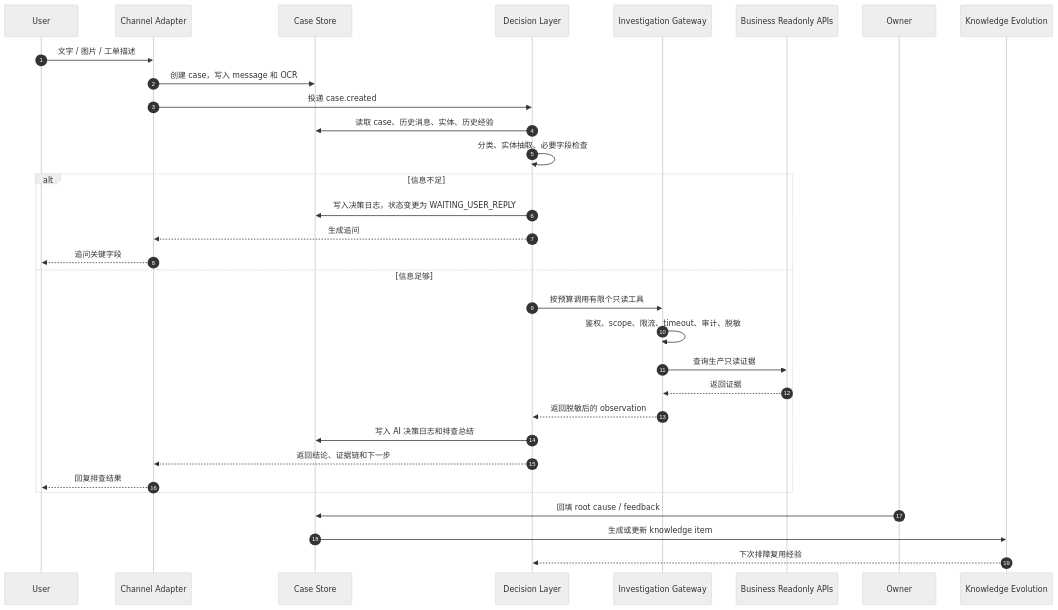
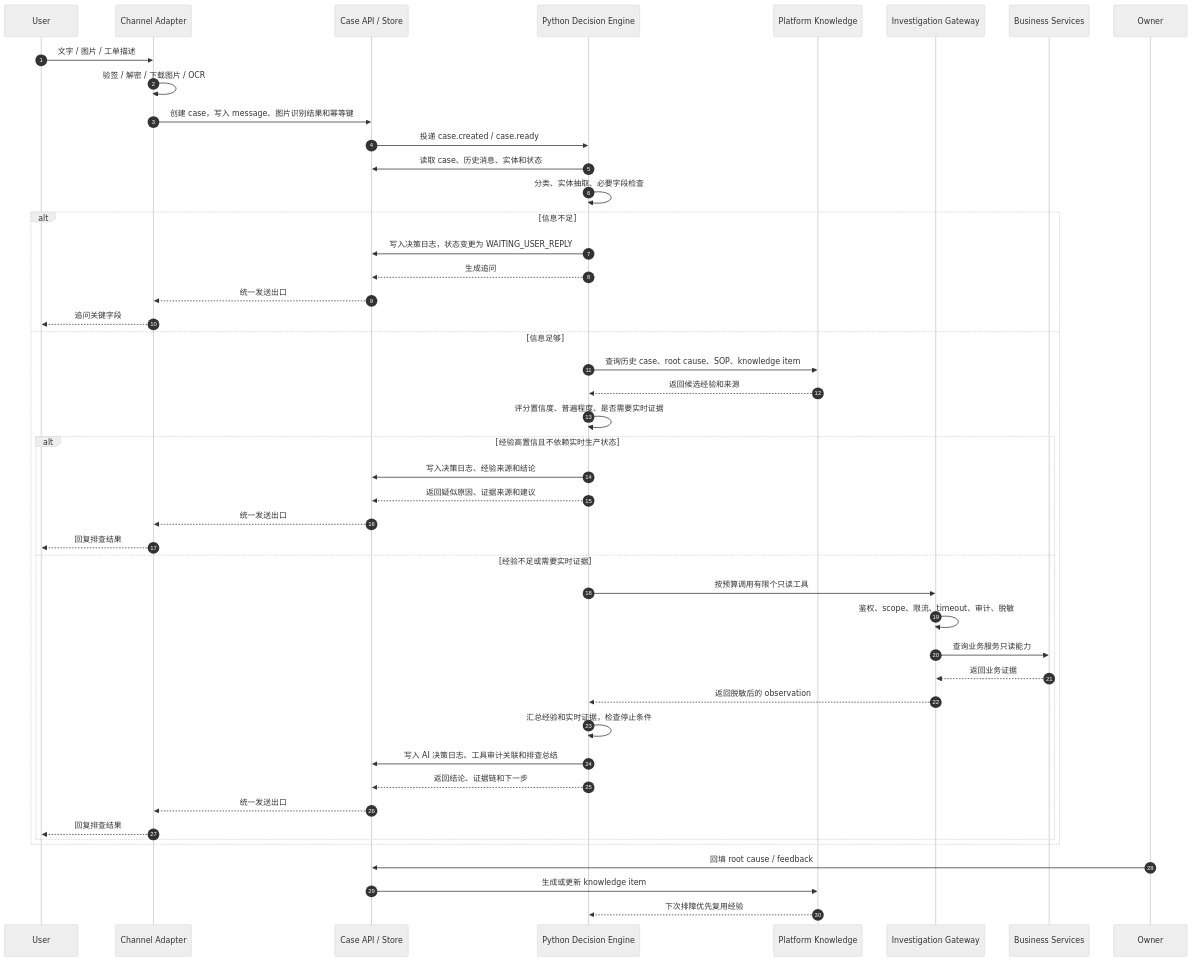
One commit to Nankis/ai-troubleshooter changed the second of 2 diagrams in README.md. Above: the diagram before and after it, drawn with Mermaid (neutral theme). The commit also changed other lines of this file and 14 other files, not shown here.

Commit message:
P-2026-007 Align architecture and flow diagrams

````diff
--- a/README.md
+++ b/README.md
@@ -140,35 +192,49 @@
 ```mermaid
 sequenceDiagram
   autonumber
   participant U as User
   participant C as Channel Adapter
-  participant S as Case Store
-  participant D as Decision Layer
+  participant S as Case API / Store
+  participant D as Python Decision Engine
+  participant K as Platform Knowledge
   participant G as Investigation Gateway
-  participant B as Business Readonly APIs
+  participant B as Business Services
   participant O as Owner
-  participant K as Knowledge Evolution
 
   U->>C: 文字 / 图片 / 工单描述
-  C->>S: 创建 case，写入 message 和 OCR
-  C->>D: 投递 case.created
-  D->>S: 读取 case、历史消息、实体、历史经验
+  C->>C: 验签 / 解密 / 下载图片 / OCR
+  C->>S: 创建 case，写入 message、图片识别结果和幂等键
+  S->>D: 投递 case.created / case.ready
+  D->>S: 读取 case、历史消息、实体和状态
   D->>D: 分类、实体抽取、必要字段检查
   alt 信息不足
     D->>S: 写入决策日志，状态变更为 WAITING_USER_REPLY
-    D-->>C: 生成追问
+    D-->>S: 生成追问
+    S-->>C: 统一发送出口
     C-->>U: 追问关键字段
   else 信息足够
-    D->>G: 按预算调用有限个只读工具
-    G->>G: 鉴权、scope、限流、timeout、审计、脱敏
-    G->>B: 查询生产只读证据
-    B-->>G: 返回证据
-    G-->>D: 返回脱敏后的 observation
-    D->>S: 写入 AI 决策日志和排查总结
-    D-->>C: 返回结论、证据链和下一步
-    C-->>U: 回复排查结果
+    D->>K: 查询历史 case、root cause、SOP、knowledge item
+    K-->>D: 返回候选经验和来源
+    D->>D: 评分置信度、普遍程度、是否需要实时证据
+    alt 经验高置信且不依赖实时生产状态
+      D->>S: 写入决策日志、经验来源和结论
+      D-->>S: 返回疑似原因、证据来源和建议
+      S-->>C: 统一发送出口
+      C-->>U: 回复排查结果
+    else 经验不足或需要实时证据
+      D->>G: 按预算调用有限个只读工具
+      G->>G: 鉴权、scope、限流、timeout、审计、脱敏
+      G->>B: 查询业务服务只读能力
+      B-->>G: 返回业务证据
+      G-->>D: 返回脱敏后的 observation
+      D->>D: 汇总经验和实时证据，检查停止条件
+      D->>S: 写入 AI 决策日志、工具审计关联和排查总结
+      D-->>S: 返回结论、证据链和下一步
+      S-->>C: 统一发送出口
+      C-->>U: 回复排查结果
+    end
   end
   O->>S: 回填 root cause / feedback
   S->>K: 生成或更新 knowledge item
-  K-->>D: 下次排障复用经验
+  K-->>D: 下次排障优先复用经验
 ```
````
